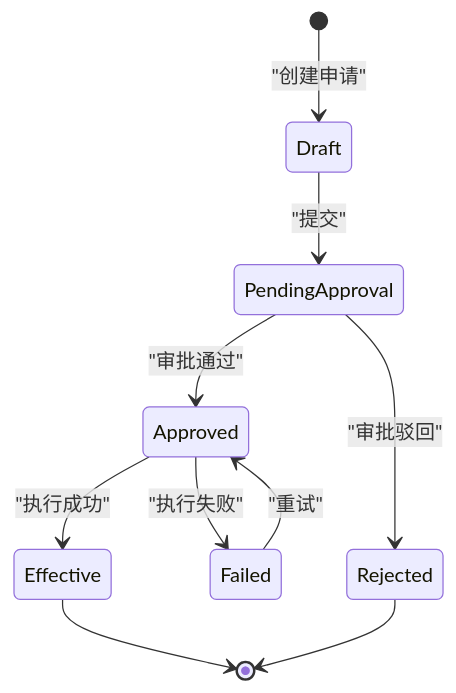
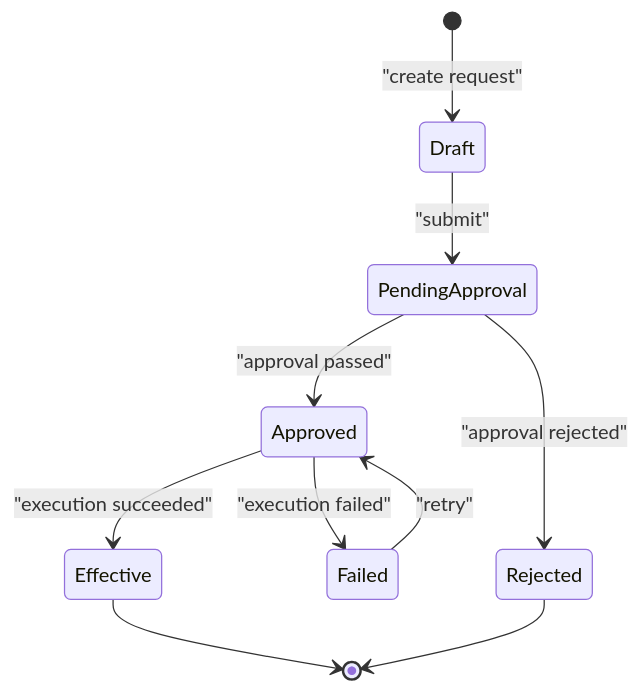
One commit to xyjunco/junco-skill changed the seventh of 9 diagrams in references/diagram-patterns.md. Above: the diagram before and after it, drawn with Mermaid. The commit also changed other lines of this file and 6 other files, not shown here.

````diff
--- a/references/diagram-patterns.md
+++ b/references/diagram-patterns.md
@@ -270,22 +293,22 @@
 ```mermaid
 stateDiagram-v2
-  [*] --> Draft: "创建申请"
-  Draft --> PendingApproval: "提交"
-  PendingApproval --> Approved: "审批通过"
-  PendingApproval --> Rejected: "审批驳回"
-  Approved --> Effective: "执行成功"
-  Approved --> Failed: "执行失败"
-  Failed --> Approved: "重试"
+  [*] --> Draft: "create request"
+  Draft --> PendingApproval: "submit"
+  PendingApproval --> Approved: "approval passed"
+  PendingApproval --> Rejected: "approval rejected"
+  Approved --> Effective: "execution succeeded"
+  Approved --> Failed: "execution failed"
+  Failed --> Approved: "retry"
   Effective --> [*]
   Rejected --> [*]
 
   class Draft,PendingApproval control;
   class Approved,Effective runtime;
   class Failed risk;
   class Rejected neutral;
 
   classDef runtime fill:#CCFFCC,stroke:#009966,color:#333333;
   classDef control fill:#FFFFCC,stroke:#CC6600,color:#333333;
   classDef risk fill:#FFCCCC,stroke:#CC3333,color:#333333;
   classDef neutral fill:#FFFFFF,stroke:#999999,color:#333333;
 ```
````
